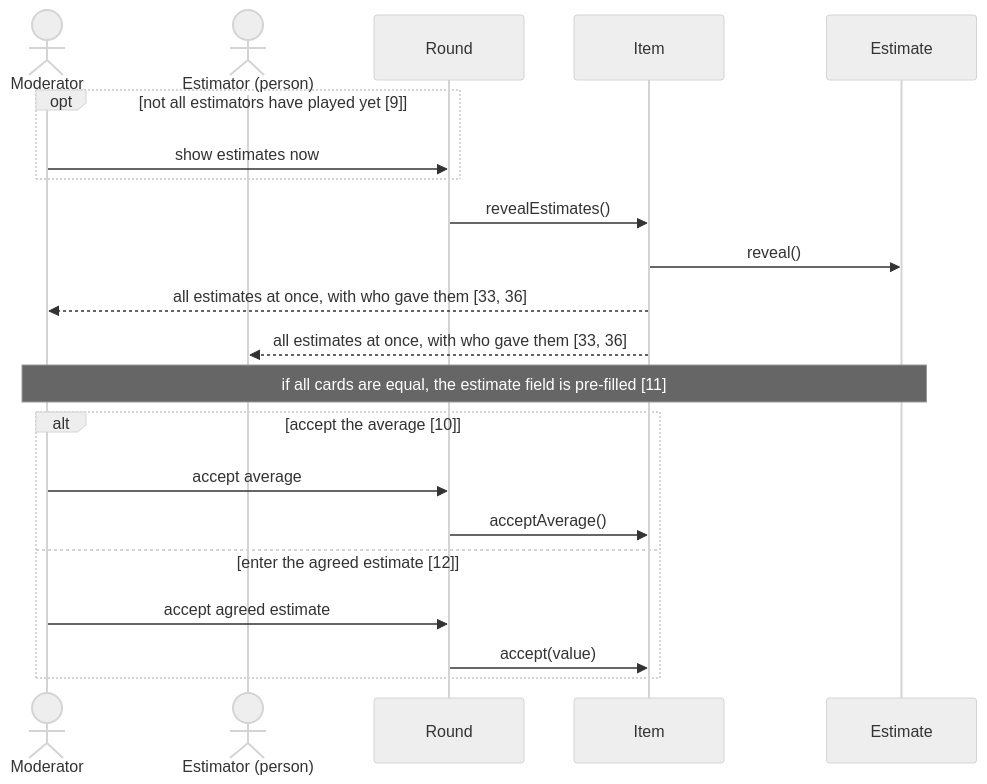
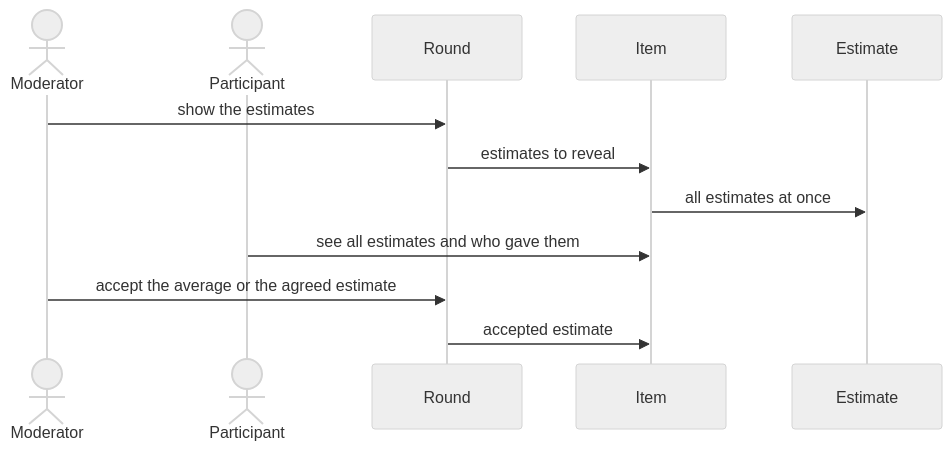
One commit to grumartin/user-story-domain-model-datasets changed the diagram in 4_gold_standard_sequence_diagrams/planningpoker/sd5_reveal_accept.mmd. Above: the diagram before and after it, drawn with Mermaid (neutral theme). The commit also changed 151 other files, not shown here.

Commit message:
Adapt domain models to revised gold and silver standard & Create Sequence Diagrams for all Projects (#2)

```diff
--- a/4_gold_standard_sequence_diagrams/planningpoker/sd5_reveal_accept.mmd
+++ b/4_gold_standard_sequence_diagrams/planningpoker/sd5_reveal_accept.mmd
@@ -1,25 +1,19 @@
 sequenceDiagram
     %% SD5 - Reveal and accept the estimates
     %% Stories: 9, 10, 11, 12, 33, 36
-    %% Description: The estimates are shown to everyone at once, early if the moderator decides so; the moderator then accepts the average or the agreed estimate.
+    %% Description: The estimates are shown to everyone at the same time, and the moderator accepts the average or the agreed estimate.
     actor M as Moderator
-    actor EP as Estimator (person)
+    actor PT as Participant
     participant R as Round
     participant I as Item
     participant ES as Estimate
 
-    opt not all estimators have played yet [9]
-        M->>R: show estimates now
-    end
-    R->>I: revealEstimates()
-    I->>ES: reveal()
-    I-->>M: all estimates at once, with who gave them [33, 36]
-    I-->>EP: all estimates at once, with who gave them [33, 36]
-    Note over M,ES: if all cards are equal, the estimate field is pre-filled [11]
-    alt accept the average [10]
-        M->>R: accept average
-        R->>I: acceptAverage()
-    else enter the agreed estimate [12]
-        M->>R: accept agreed estimate
-        R->>I: accept(value)
-    end
+    %% covers 9
+    M->>R: show the estimates
+    R->>I: estimates to reveal
+    I->>ES: all estimates at once
+    %% covers 33, 36
+    PT->>I: see all estimates and who gave them
+    %% covers 10, 11, 12
+    M->>R: accept the average or the agreed estimate
+    R->>I: accepted estimate
```
